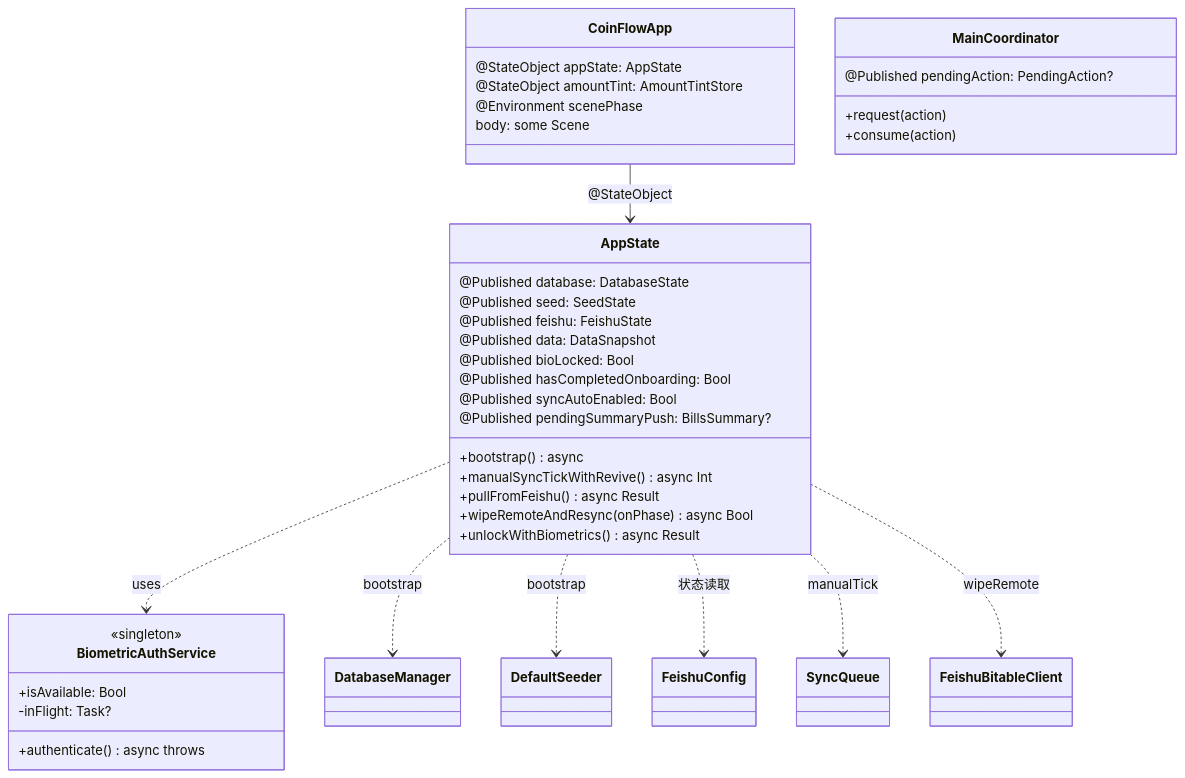
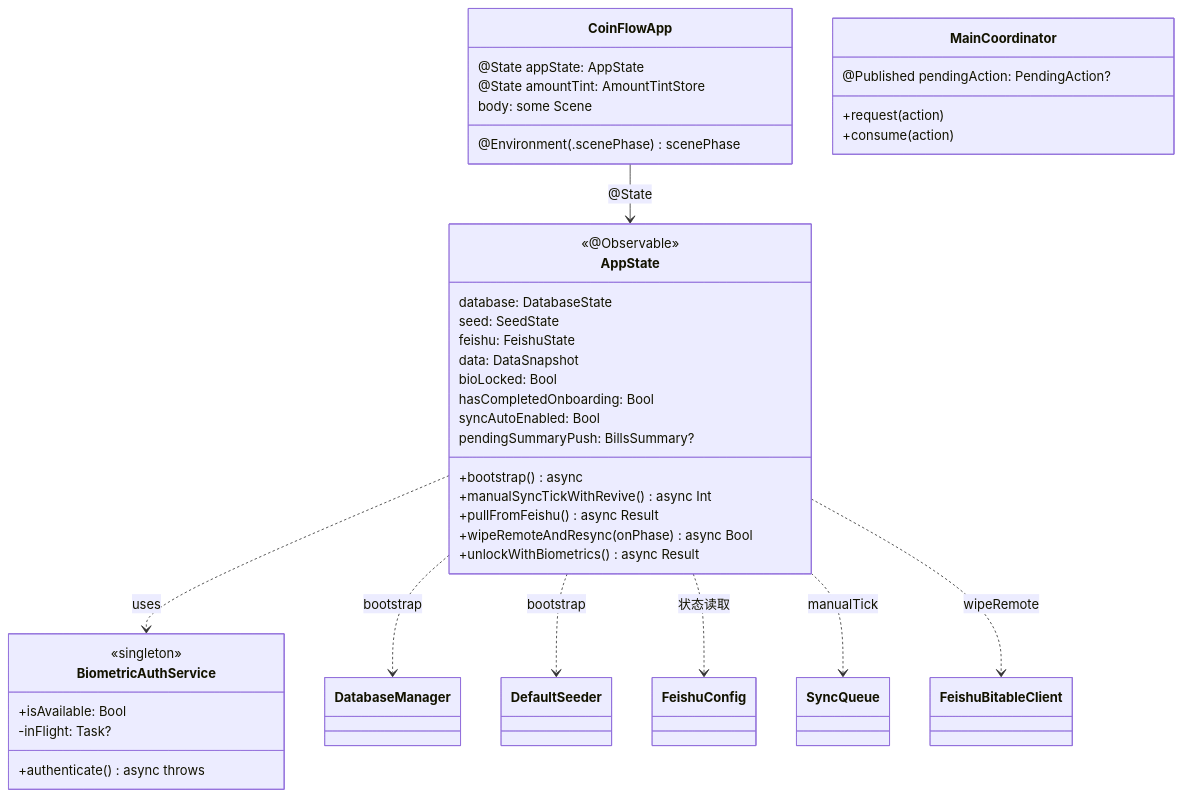
One commit to Dovelizi/CoinFlow changed the second of 13 diagrams in CoinFlow技术架构文档.md. Above: the diagram before and after it, drawn with Mermaid. The commit also changed other lines of this file and 17 other files, not shown here.

````diff
--- a/CoinFlow技术架构文档.md
+++ b/CoinFlow技术架构文档.md
@@ -603,42 +614,43 @@
 ```mermaid
 classDiagram
     class CoinFlowApp {
-        @StateObject appState: AppState
-        @StateObject amountTint: AmountTintStore
-        @Environment scenePhase
+        @State appState: AppState
+        @State amountTint: AmountTintStore
+        @Environment(\.scenePhase) scenePhase
         body: some Scene
     }
     class AppState {
-        @Published database: DatabaseState
-        @Published seed: SeedState
-        @Published feishu: FeishuState
-        @Published data: DataSnapshot
-        @Published bioLocked: Bool
-        @Published hasCompletedOnboarding: Bool
-        @Published syncAutoEnabled: Bool
-        @Published pendingSummaryPush: BillsSummary?
+        <<@Observable>>
+        database: DatabaseState
+        seed: SeedState
+        feishu: FeishuState
+        data: DataSnapshot
+        bioLocked: Bool
+        hasCompletedOnboarding: Bool
+        syncAutoEnabled: Bool
+        pendingSummaryPush: BillsSummary?
         +bootstrap() async
         +manualSyncTickWithRevive() async Int
         +pullFromFeishu() async Result
         +wipeRemoteAndResync(onPhase) async Bool
         +unlockWithBiometrics() async Result
     }
     class BiometricAuthService {
         <<singleton>>
         +isAvailable: Bool
         -inFlight: Task?
         +authenticate() async throws
     }
     class MainCoordinator {
         @Published pendingAction: PendingAction?
         +request(action)
         +consume(action)
     }
-    CoinFlowApp --> AppState : @StateObject
+    CoinFlowApp --> AppState : @State
     AppState ..> BiometricAuthService : uses
     AppState ..> DatabaseManager : bootstrap
     AppState ..> DefaultSeeder : bootstrap
     AppState ..> FeishuConfig : 状态读取
     AppState ..> SyncQueue : manualTick
     AppState ..> FeishuBitableClient : wipeRemote
 ```
````
